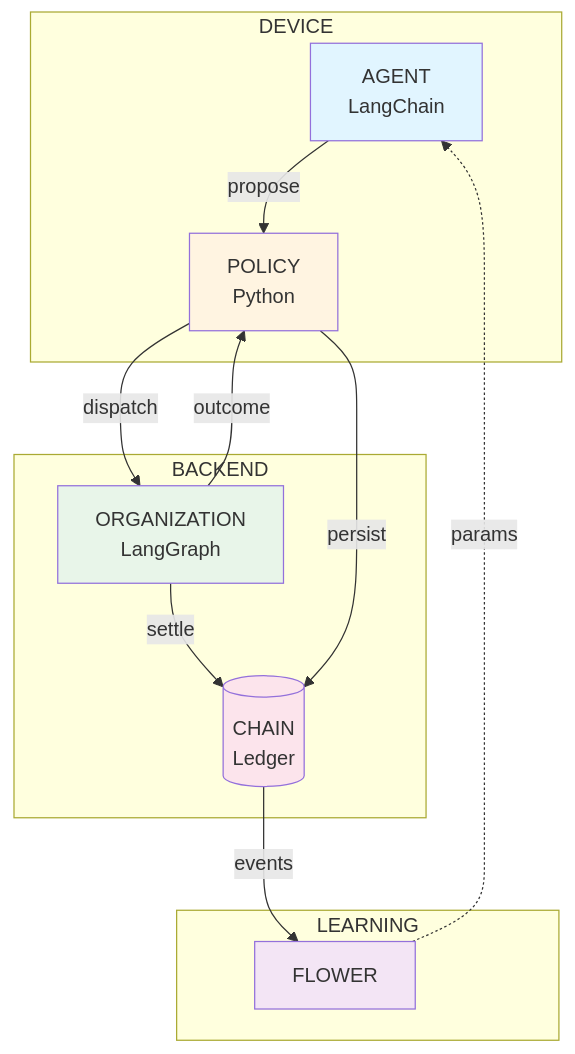
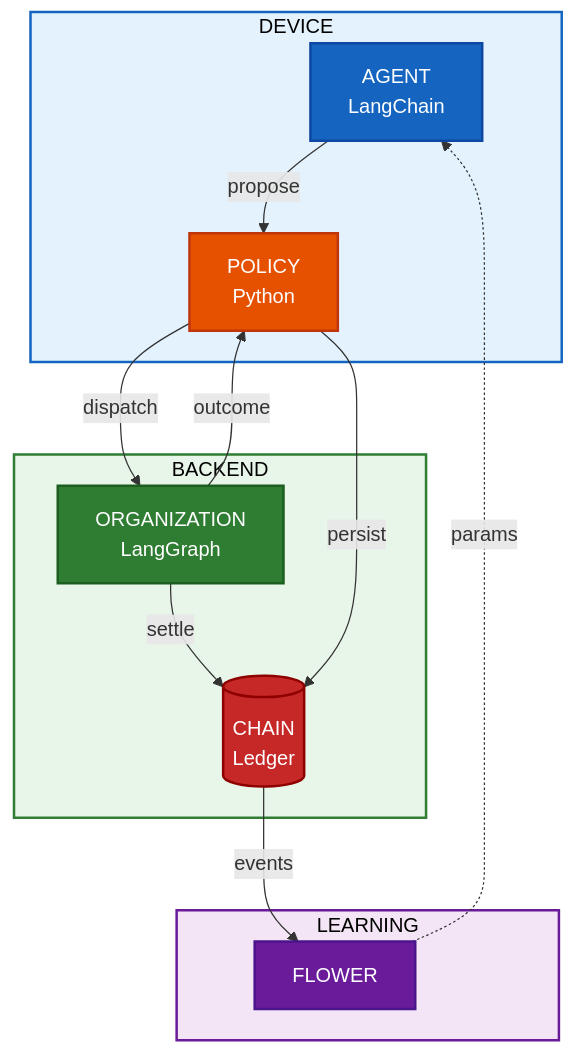
One commit to doyouwantto2/IE105 changed the first of 3 diagrams in README.md. Above: the diagram before and after it, drawn with Mermaid. The commit also changed other lines of this file, not shown here.

````diff
--- a/README.md
+++ b/README.md
@@ -3,30 +3,34 @@
 ```mermaid
 flowchart TB
     subgraph Device["DEVICE"]
         A[AGENT<br/>LangChain]
         P[POLICY<br/>Python]
     end
 
     subgraph Backend["BACKEND"]
         O[ORGANIZATION<br/>LangGraph]
         C[(CHAIN<br/>Ledger)]
     end
 
     subgraph ML["LEARNING"]
         F[FLOWER]
     end
 
     A -->|propose| P
     P -->|dispatch| O
     O -->|outcome| P
     O -->|settle| C
     P -->|persist| C
     C -->|events| F
     F -.->|params| A
 
-    style A fill:#e1f5ff
-    style P fill:#fff4e1
-    style O fill:#e8f5e9
-    style C fill:#fce4ec
-    style F fill:#f3e5f5
+    style A fill:#1565C0,color:#FFFFFF,stroke:#0D47A1,stroke-width:2px
+    style P fill:#E65100,color:#FFFFFF,stroke:#BF360C,stroke-width:2px
+    style O fill:#2E7D32,color:#FFFFFF,stroke:#1B5E20,stroke-width:2px
+    style C fill:#C62828,color:#FFFFFF,stroke:#8E0000,stroke-width:2px
+    style F fill:#6A1B9A,color:#FFFFFF,stroke:#4A148C,stroke-width:2px
+
+    style Device fill:#E3F2FD,stroke:#1565C0,stroke-width:2px,color:#000000
+    style Backend fill:#E8F5E9,stroke:#2E7D32,stroke-width:2px,color:#000000
+    style ML fill:#F3E5F5,stroke:#6A1B9A,stroke-width:2px,color:#000000
 ```
````
